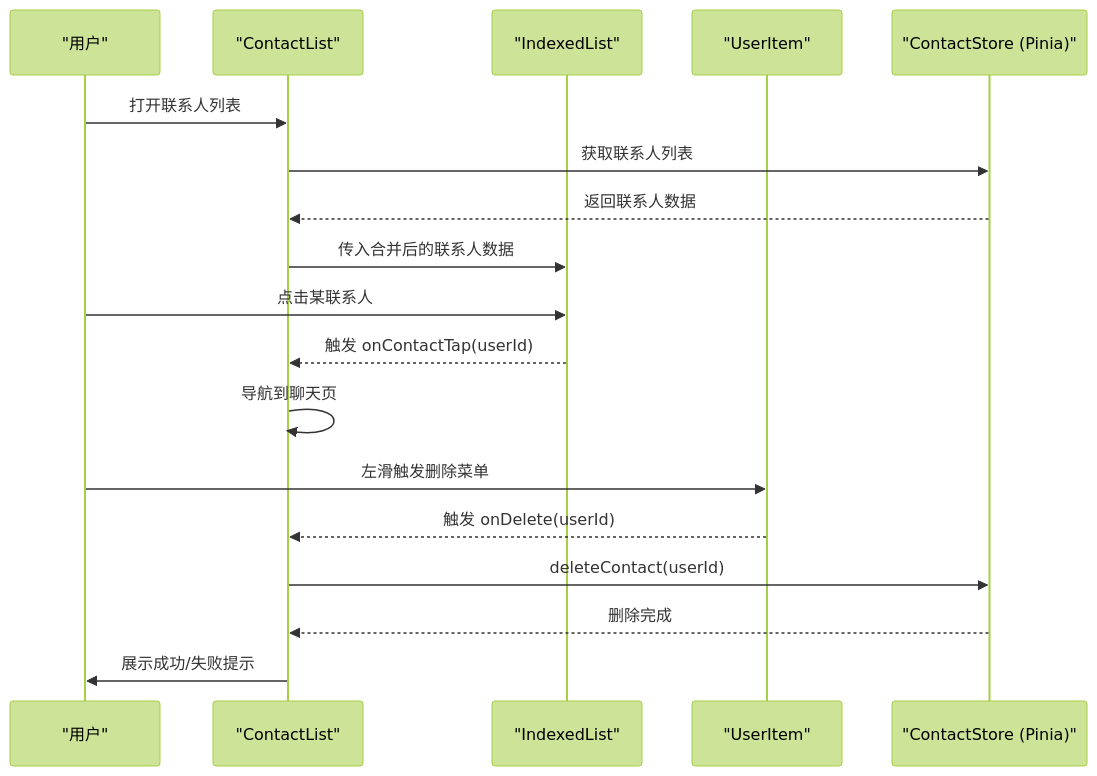
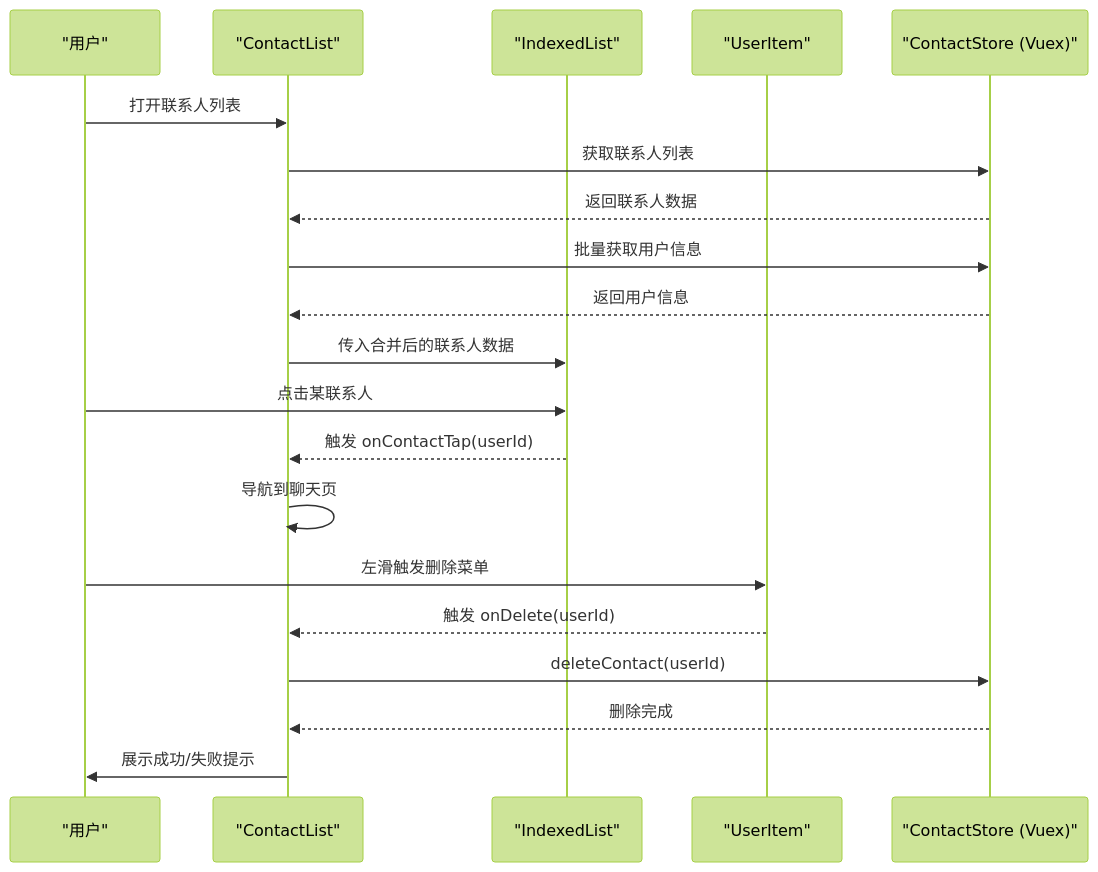
One commit to Easemob-Community/easemob-uikit-uniapp-community changed the third of 4 diagrams in .qoder/repowiki/zh/content/联系人模块/联系人模块.md. Above: the diagram before and after it, drawn with Mermaid (forest theme). The commit also changed other lines of this file and 14 other files, not shown here.

````diff
--- a/.qoder/repowiki/zh/content/联系人模块/联系人模块.md
+++ b/.qoder/repowiki/zh/content/联系人模块/联系人模块.md
@@ -239,20 +224,22 @@
 ```mermaid
 sequenceDiagram
 participant U as "用户"
 participant CL as "ContactList"
 participant IL as "IndexedList"
 participant UI as "UserItem"
-participant CST as "ContactStore (Pinia)"
+participant CST as "ContactStore (Vuex)"
 U->>CL : 打开联系人列表
 CL->>CST : 获取联系人列表
 CST-->>CL : 返回联系人数据
+CL->>CST : 批量获取用户信息
+CST-->>CL : 返回用户信息
 CL->>IL : 传入合并后的联系人数据
 U->>IL : 点击某联系人
 IL-->>CL : 触发 onContactTap(userId)
 CL->>CL : 导航到聊天页
 U->>UI : 左滑触发删除菜单
 UI-->>CL : 触发 onDelete(userId)
 CL->>CST : deleteContact(userId)
 CST-->>CL : 删除完成
 CL->>U : 展示成功/失败提示
 ```
````
